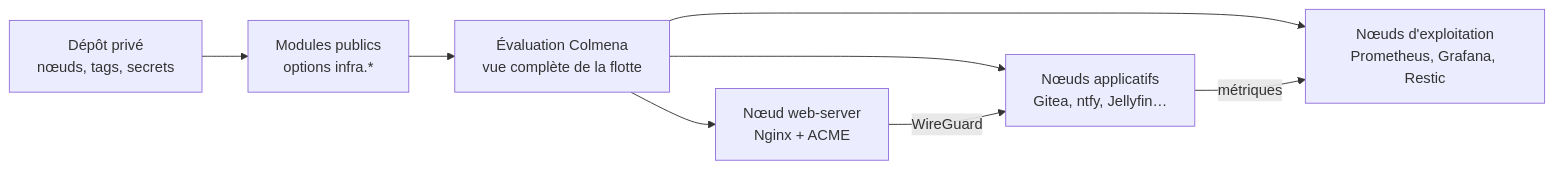
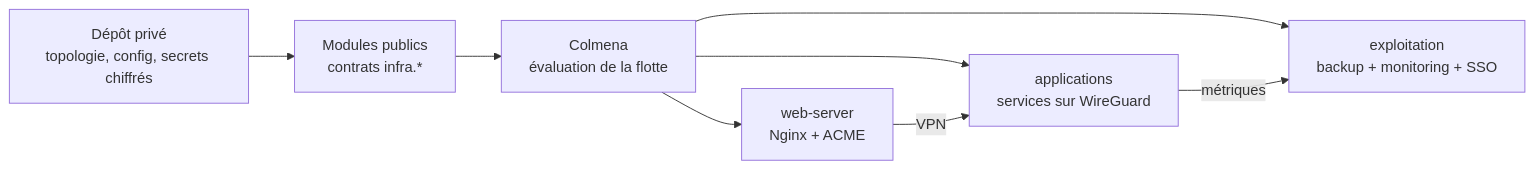
One commit to theking90000/server-setup changed the diagram in README.md. Above: the diagram before and after it, drawn with Mermaid. The commit also changed other lines of this file and 4 other files, not shown here.

````diff
--- a/README.md
+++ b/README.md
@@ -32,10 +51,10 @@
 ```mermaid
 flowchart LR
-    private["Dépôt privé<br/>nœuds, tags, secrets"] --> modules["Modules publics<br/>options infra.*"]
-    modules --> colmena["Évaluation Colmena<br/>vue complète de la flotte"]
-    colmena --> web["Nœud web-server<br/>Nginx + ACME"]
-    colmena --> apps["Nœuds applicatifs<br/>Gitea, ntfy, Jellyfin…"]
-    colmena --> ops["Nœuds d'exploitation<br/>Prometheus, Grafana, Restic"]
-    web -->|"WireGuard"| apps
+    private["Dépôt privé<br/>topologie, config, secrets chiffrés"] --> modules["Modules publics<br/>contrats infra.*"]
+    modules --> colmena["Colmena<br/>évaluation de la flotte"]
+    colmena --> web["web-server<br/>Nginx + ACME"]
+    colmena --> apps["applications<br/>services sur WireGuard"]
+    colmena --> ops["exploitation<br/>backup + monitoring + SSO"]
+    web -->|"VPN"| apps
     apps -->|"métriques"| ops
 ```
````
